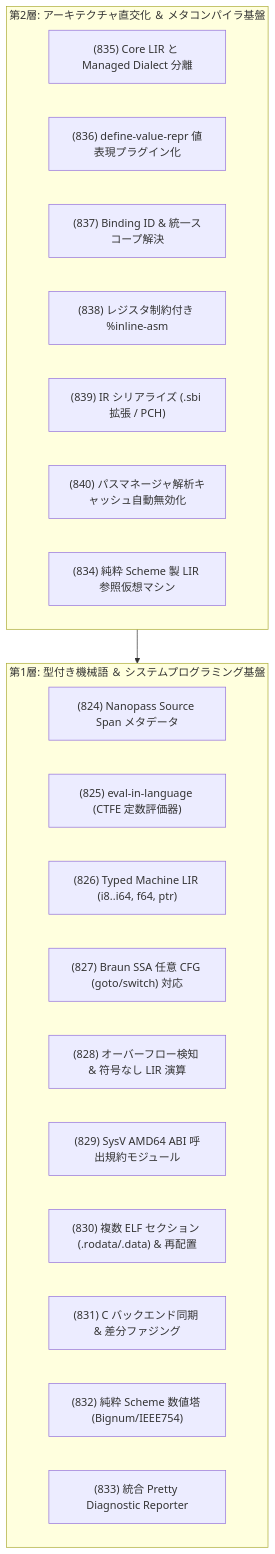
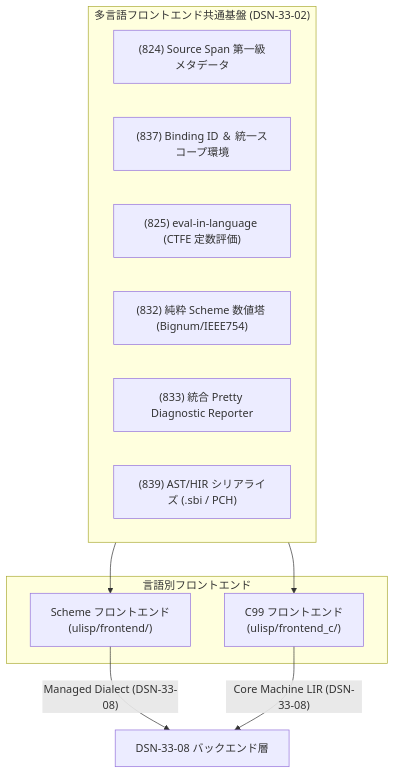
One commit to rokujyouhitoma/arxiv-security-papers changed the diagram in docs/designs/DSN-33-02-ulisp_multilingual_frontend_and_typed_machine_lir_architecture.md. Above: the diagram before and after it, drawn with Mermaid. The commit also changed other lines of this file and 11 other files, not shown here.

Commit message:
docs(designs): split DSN-33-02 into frontend (33-02), backend (33-08), and Lua C compilation (33-09) (fixes #911)

````diff
--- a/docs/designs/DSN-33-02-ulisp_multilingual_frontend_and_typed_machine_lir_architecture.md
+++ b/docs/designs/DSN-33-02-ulisp_multilingual_frontend_and_typed_machine_lir_architecture.md
@@ -93,27 +72,21 @@
 ```mermaid
 flowchart TD
-    subgraph Layer2 ["第2層: アーキテクチャ直交化 ＆ メタコンパイラ基盤"]
-        L2_1["(835) Core LIR と Managed Dialect 分離"]
-        L2_2["(836) define-value-repr 値表現プラグイン化"]
-        L2_3["(837) Binding ID & 統一スコープ解決"]
-        L2_4["(838) レジスタ制約付き %inline-asm"]
-        L2_5["(839) IR シリアライズ (.sbi 拡張 / PCH)"]
-        L2_6["(840) パスマネージャ解析キャッシュ自動無効化"]
-        L2_7["(834) 純粋 Scheme 製 LIR 参照仮想マシン"]
+    subgraph CommonFE ["多言語フロントエンド共通基盤 (DSN-33-02)"]
+        Span["(824) Source Span 第一級メタデータ"]
+        Bind["(837) Binding ID ＆ 統一スコープ環境"]
+        CTFE["(825) eval-in-language (CTFE 定数評価)"]
+        Num["(832) 純粋 Scheme 数値塔 (Bignum/IEEE754)"]
+        Diag["(833) 統合 Pretty Diagnostic Reporter"]
+        PCH["(839) AST/HIR シリアライズ (.sbi / PCH)"]
     end
 
-    subgraph Layer1 ["第1層: 型付き機械語 ＆ システムプログラミング基盤"]
-        L1_1["(824) Nanopass Source Span メタデータ"]
-        L1_2["(825) eval-in-language (CTFE 定数評価器)"]
-        L1_3["(826) Typed Machine LIR (i8..i64, f64, ptr)"]
-        L1_4["(827) Braun SSA 任意 CFG (goto/switch) 対応"]
-        L1_5["(828) オーバーフロー検知 & 符号なし LIR 演算"]
-        L1_6["(829) SysV AMD64 ABI 呼出規約モジュール"]
-        L1_7["(830) 複数 ELF セクション (.rodata/.data) & 再配置"]
-        L1_8["(831) C バックエンド同期 & 差分ファジング"]
-        L1_9["(832) 純粋 Scheme 数値塔 (Bignum/IEEE754)"]
-        L1_10["(833) 統合 Pretty Diagnostic Reporter"]
+    subgraph Frontends ["言語別フロントエンド"]
+        Scheme["Scheme フロントエンド<br/>(ulisp/frontend/)"]
+        C99["C99 フロントエンド<br/>(ulisp/frontend_c/)"]
     end
 
-    Layer2 --> Layer1
+    CommonFE --> Scheme
+    CommonFE --> C99
+    Scheme -->|"Managed Dialect (DSN-33-08)"| BE["DSN-33-08 バックエンド層"]
+    C99 -->|"Core Machine LIR (DSN-33-08)"| BE
 ```
````
